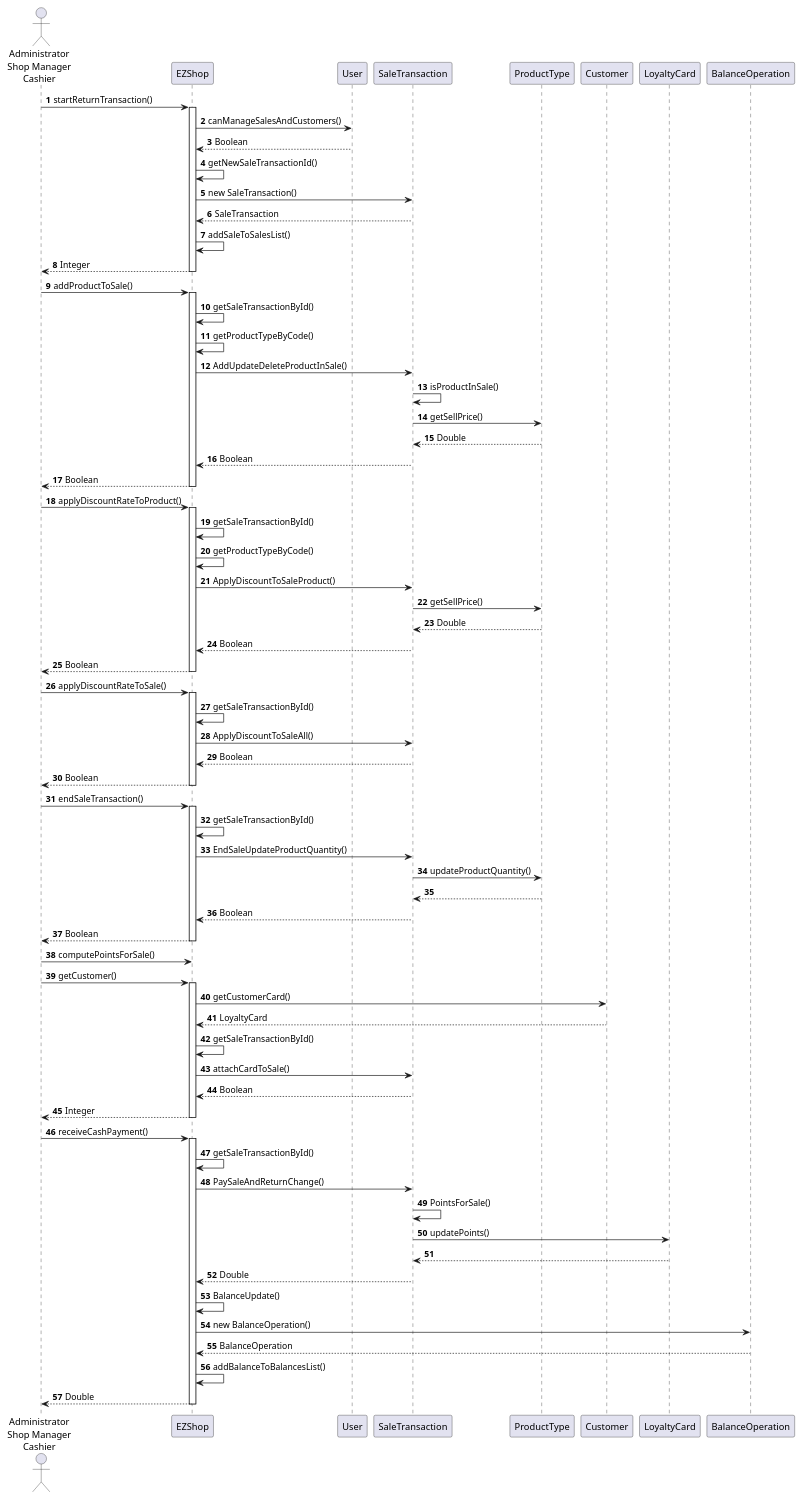
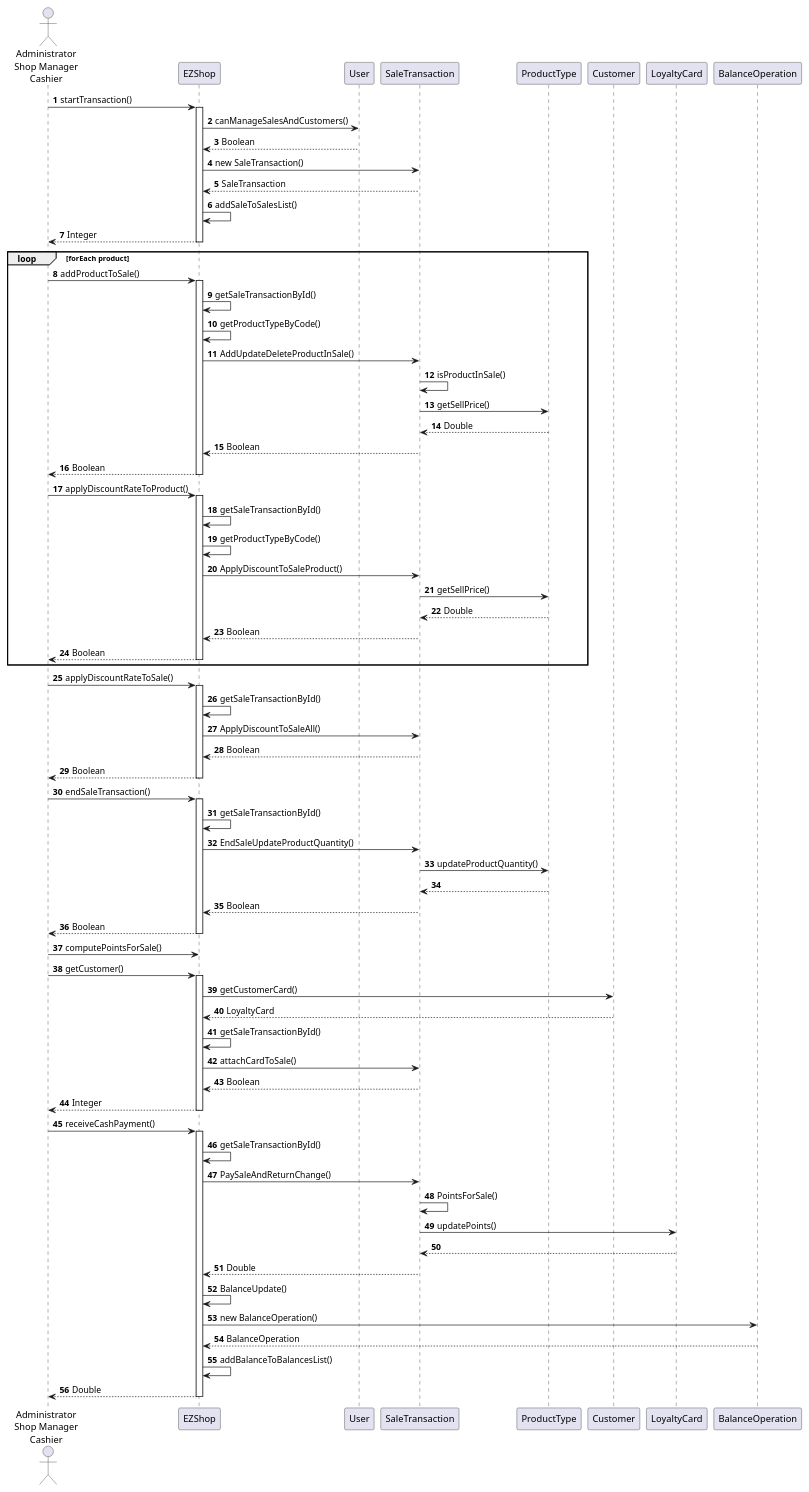
Before and after one commit to gioele-scaletta/EZShop-Software-Engineering-Project: diagram 14 of 21 in Deliverables/DesignDocument.md, drawn with PlantUML. The commit also changed other lines of this file, not shown here.

```diff
--- a/Deliverables/DesignDocument.md
+++ b/Deliverables/DesignDocument.md
@@ -470,43 +494,45 @@
 
 autonumber
 
-user -> EZShop : startReturnTransaction()
+user -> EZShop : startTransaction()
 activate  EZShop
 EZShop -> User : canManageSalesAndCustomers()
 EZShop <-- User : Boolean
-EZShop -> EZShop : getNewSaleTransactionId()
 EZShop -> SaleTransaction : new SaleTransaction()
 EZShop <-- SaleTransaction : SaleTransaction
 EZShop -> EZShop : addSaleToSalesList()
 user <-- EZShop : Integer
 deactivate EZShop
 
-user -> EZShop : addProductToSale()
-activate  EZShop
-'EZShop -> User : canManageSalesAndCustomers()
-'EZShop <-- User : Boolean
-EZShop -> EZShop : getSaleTransactionById()
-EZShop-> EZShop : getProductTypeByCode()
-EZShop -> SaleTransaction : AddUpdateDeleteProductInSale()
-SaleTransaction -> SaleTransaction : isProductInSale()
-SaleTransaction -> ProductType : getSellPrice()
-SaleTransaction <-- ProductType : Double
-EZShop <-- SaleTransaction : Boolean
-user <-- EZShop : Boolean
-deactivate EZShop
+loop forEach product
+    user -> EZShop : addProductToSale()
+    activate  EZShop
+    'EZShop -> User : canManageSalesAndCustomers()
+    'EZShop <-- User : Boolean
+    EZShop -> EZShop : getSaleTransactionById()
+    EZShop-> EZShop : getProductTypeByCode()
+    EZShop -> SaleTransaction : AddUpdateDeleteProductInSale()
+    SaleTransaction -> SaleTransaction : isProductInSale()
+    SaleTransaction -> ProductType : getSellPrice()
+    SaleTransaction <-- ProductType : Double
+    EZShop <-- SaleTransaction : Boolean
+    user <-- EZShop : Boolean
+    deactivate EZShop
 
-user -> EZShop : applyDiscountRateToProduct()
-activate  EZShop
-'EZShop -> User : canManageSalesAndCustomers()
-'EZShop <-- User : Boolean
-EZShop -> EZShop : getSaleTransactionById()
-EZShop-> EZShop : getProductTypeByCode()
-EZShop -> SaleTransaction : ApplyDiscountToSaleProduct()
-SaleTransaction -> ProductType : getSellPrice()
-SaleTransaction <-- ProductType : Double
-EZShop <-- SaleTransaction : Boolean
-user <-- EZShop : Boolean
-deactivate EZShop
+
+    user -> EZShop : applyDiscountRateToProduct()
+    activate  EZShop
+    'EZShop -> User : canManageSalesAndCustomers()
+    'EZShop <-- User : Boolean
+    EZShop -> EZShop : getSaleTransactionById()
+    EZShop-> EZShop : getProductTypeByCode()
+    EZShop -> SaleTransaction : ApplyDiscountToSaleProduct()
+    SaleTransaction -> ProductType : getSellPrice()
+    SaleTransaction <-- ProductType : Double
+    EZShop <-- SaleTransaction : Boolean
+    user <-- EZShop : Boolean
+    deactivate EZShop
+end
 
 user -> EZShop : applyDiscountRateToSale()
 activate  EZShop
```
